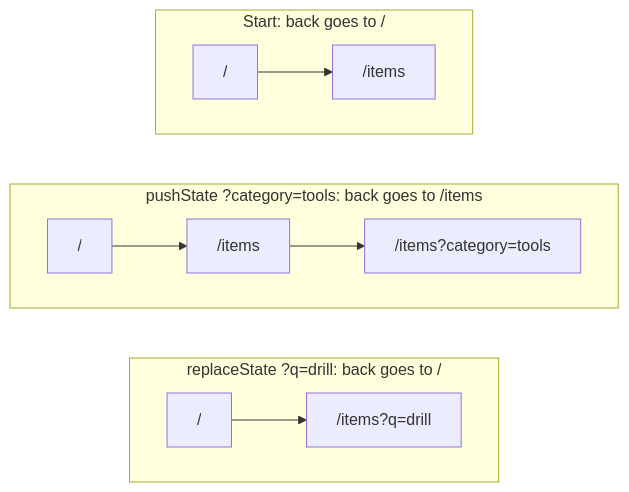
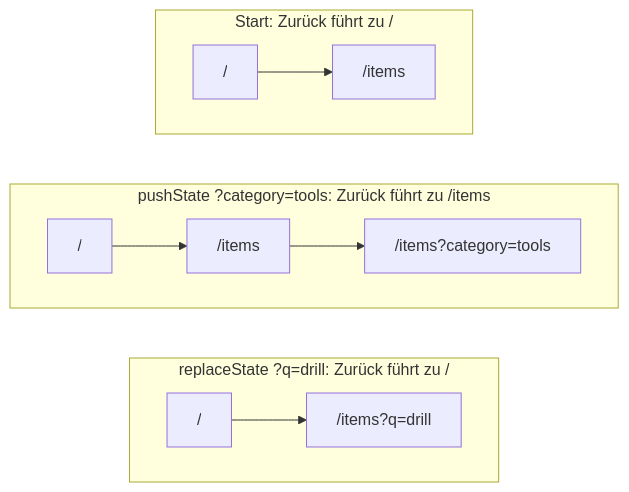
The third of 6 diagrams in topics/lists-and-pagination/README.md (christiansany/cas-fee-26-frontend-challenges), drawn with Mermaid before and after one commit. The commit also changed other lines of this file and 15 other files, not shown here.

First line of the commit message:
Rework GraphQL vs REST and translate the topics to German

````diff
--- a/topics/lists-and-pagination/README.md
+++ b/topics/lists-and-pagination/README.md
@@ -92,16 +94,16 @@
 ```mermaid
 flowchart TB
-  subgraph Start["Start: back goes to /"]
+  subgraph Start["Start: Zurück führt zu /"]
     direction LR
     s1["/"] --> s2["/items"]
   end
-  subgraph Push["pushState ?category=tools: back goes to /items"]
+  subgraph Push["pushState ?category=tools: Zurück führt zu /items"]
     direction LR
     p1["/"] --> p2["/items"] --> p3["/items?category=tools"]
   end
-  subgraph Replace["replaceState ?q=drill: back goes to /"]
+  subgraph Replace["replaceState ?q=drill: Zurück führt zu /"]
     direction LR
     r1["/"] --> r2["/items?q=drill"]
   end
   Start ~~~ Push ~~~ Replace
 ```
````
